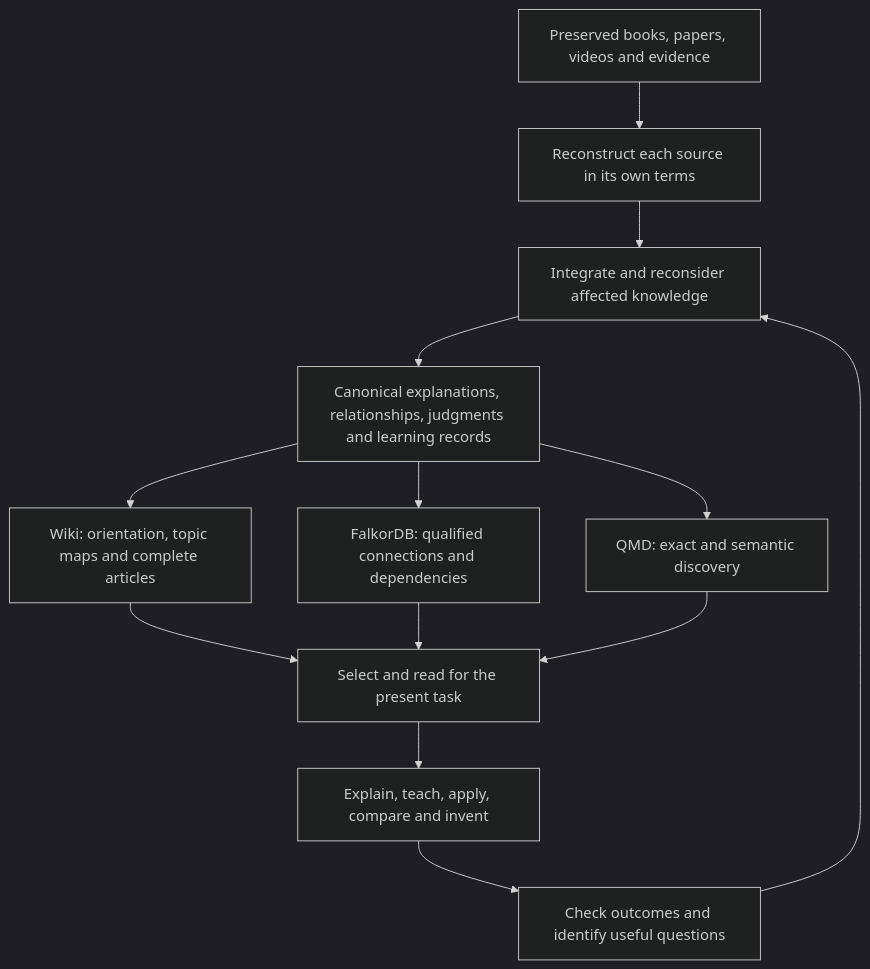
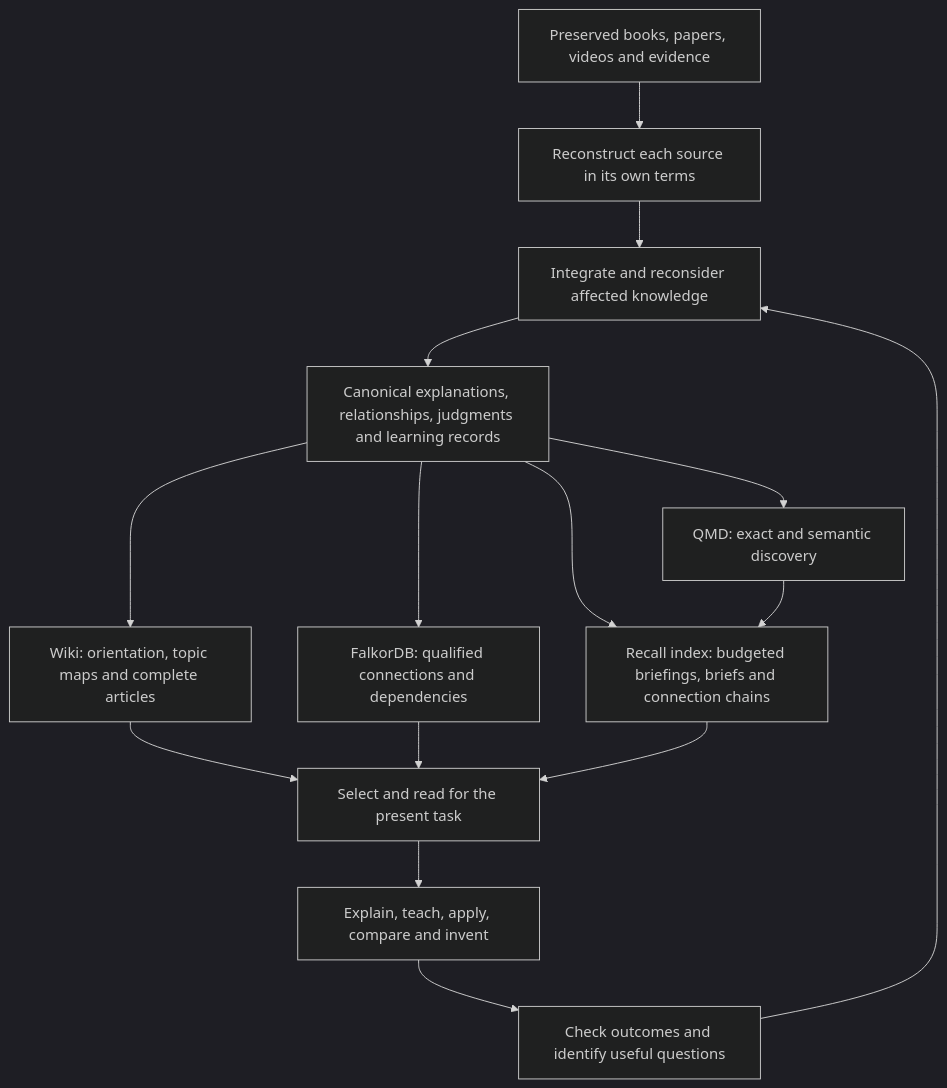
One commit to Barncore/know-fu changed the diagram in docs/NORTH_STAR.md. Above: the diagram before and after it, drawn with Mermaid (dark theme). The commit also changed other lines of this file and 45 other files, not shown here.

````diff
--- a/docs/NORTH_STAR.md
+++ b/docs/NORTH_STAR.md
@@ -63,15 +67,17 @@
 ```mermaid
 flowchart TD
     S[Preserved books, papers, videos and evidence] --> R[Reconstruct each source in its own terms]
     R --> I[Integrate and reconsider affected knowledge]
     I --> C[Canonical explanations, relationships, judgments and learning records]
     C --> W[Wiki: orientation, topic maps and complete articles]
     C --> G[FalkorDB: qualified connections and dependencies]
     C --> Q[QMD: exact and semantic discovery]
+    C --> K[Recall index: budgeted briefings, briefs and connection chains]
     W --> P[Select and read for the present task]
     G --> P
-    Q --> P
+    Q --> K
+    K --> P
     P --> A[Explain, teach, apply, compare and invent]
     A --> V[Check outcomes and identify useful questions]
     V --> I
 ```
````
